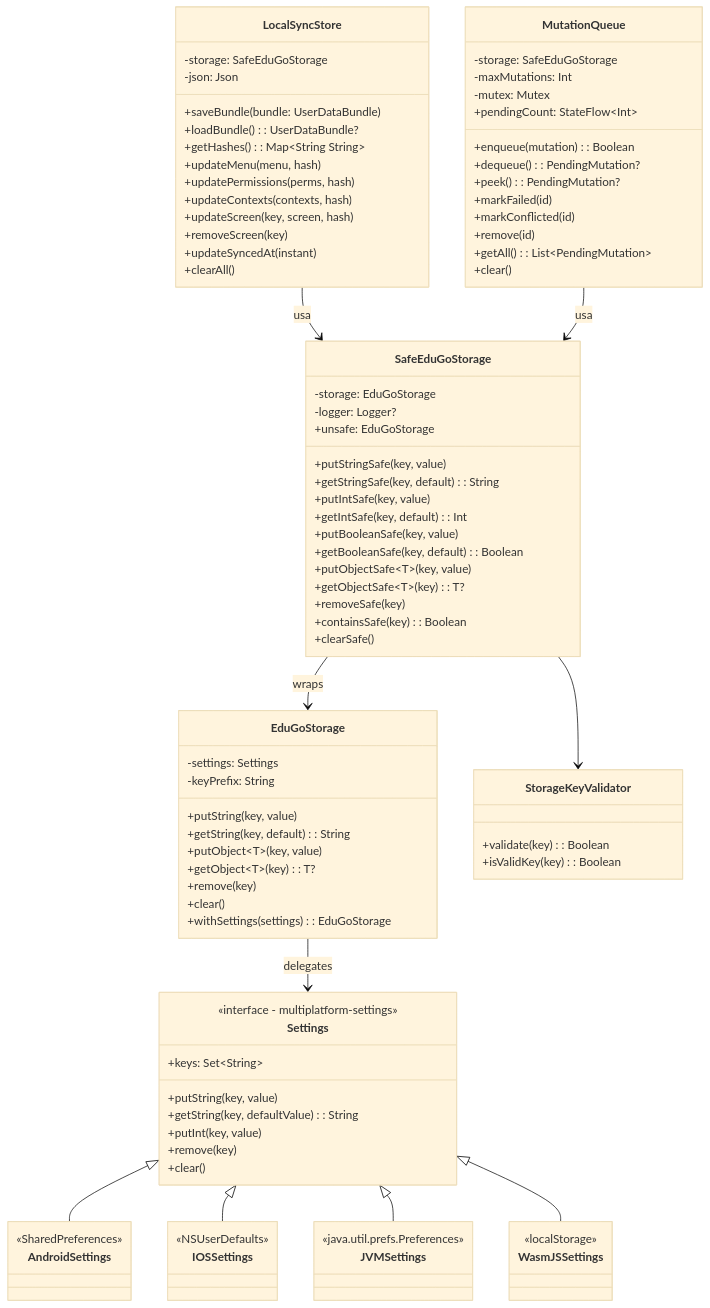
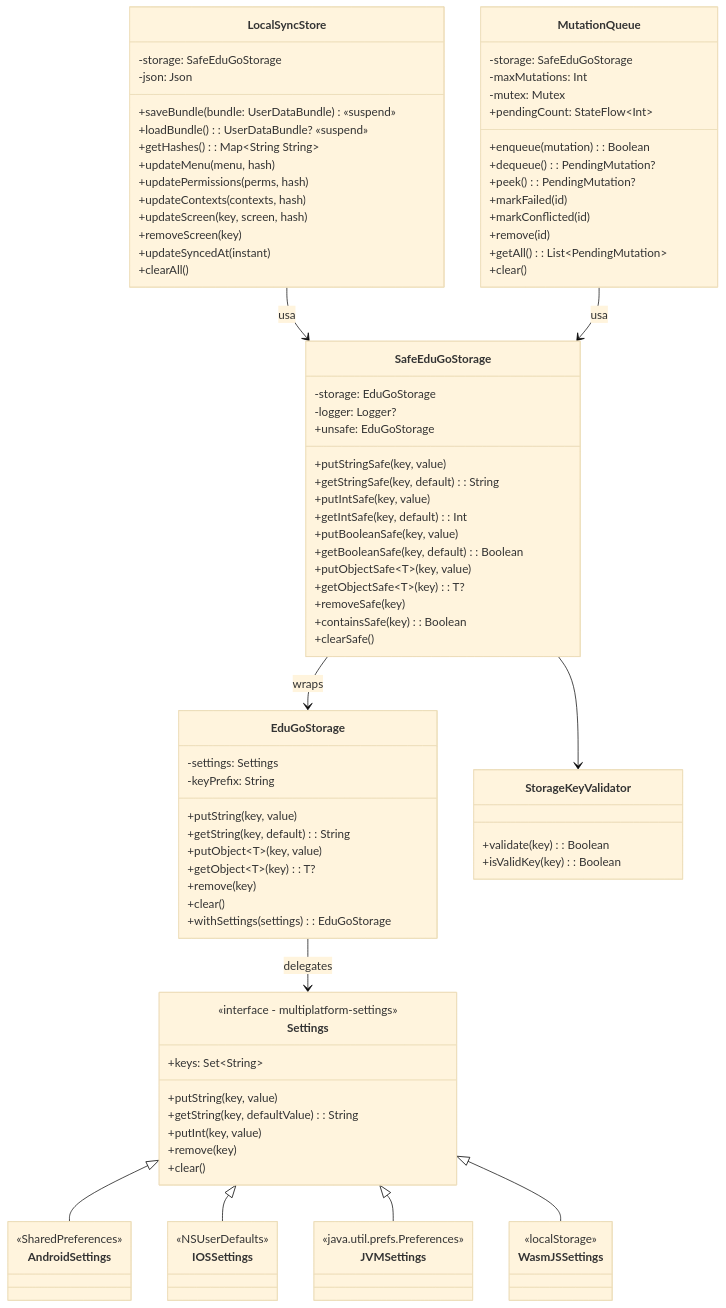
The first of 15 diagrams in docs/flujos-arquitectura/05-storage-local.md (EduGoGroup/EduUi-KMP), drawn with Mermaid (base theme) before and after one commit. The commit also changed other lines of this file and 9 other files, not shown here.

First line of the commit message:
Optimize bundle load and save with parallel screen serialization

```diff
--- a/docs/flujos-arquitectura/05-storage-local.md
+++ b/docs/flujos-arquitectura/05-storage-local.md
@@ -59,8 +59,8 @@
     class LocalSyncStore {
         -storage: SafeEduGoStorage
         -json: Json
-        +saveBundle(bundle: UserDataBundle)
-        +loadBundle(): UserDataBundle?
+        +saveBundle(bundle: UserDataBundle) «suspend»
+        +loadBundle(): UserDataBundle? «suspend»
         +getHashes(): Map~String String~
         +updateMenu(menu, hash)
         +updatePermissions(perms, hash)
```
